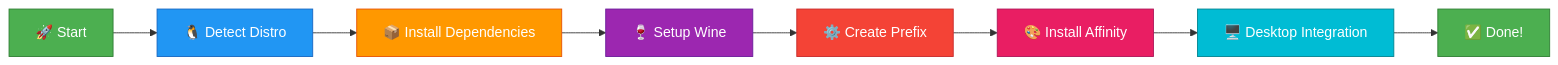
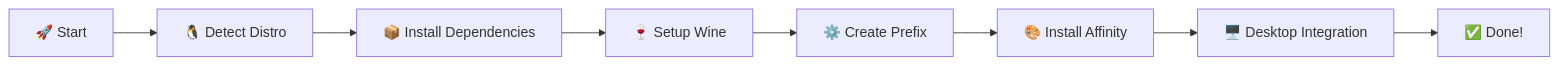
The diagram in README.md (ind4skylivey/affinity-cli), drawn with Mermaid before and after one commit. The commit also changed other lines of this file and 26 other files, not shown here.

````diff
--- a/README.md
+++ b/README.md
@@ -395,19 +287,10 @@
 ```mermaid
 graph LR
     A[🚀 Start] --> B[🐧 Detect Distro]
     B --> C[📦 Install Dependencies]
     C --> D[🍷 Setup Wine]
     D --> E[⚙️ Create Prefix]
     E --> F[🎨 Install Affinity]
     F --> G[🖥️ Desktop Integration]
     G --> H[✅ Done!]
-    
-    style A fill:#4CAF50,stroke:#2E7D32,color:#fff
-    style H fill:#4CAF50,stroke:#2E7D32,color:#fff
-    style B fill:#2196F3,stroke:#1565C0,color:#fff
-    style C fill:#FF9800,stroke:#E65100,color:#fff
-    style D fill:#9C27B0,stroke:#6A1B9A,color:#fff
-    style E fill:#F44336,stroke:#C62828,color:#fff
-    style F fill:#E91E63,stroke:#AD1457,color:#fff
-    style G fill:#00BCD4,stroke:#00838F,color:#fff
 ```
````
